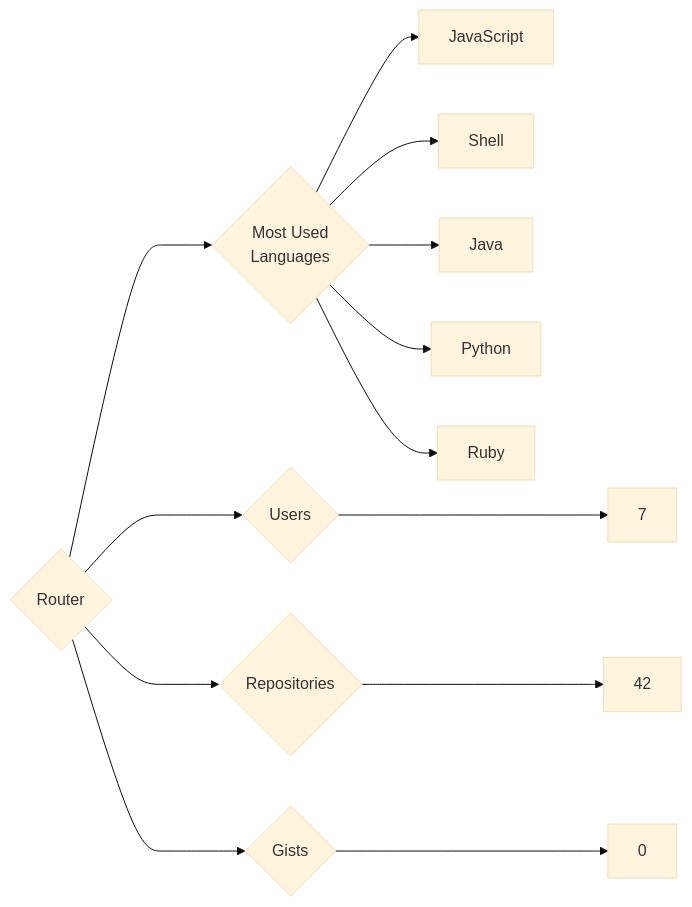
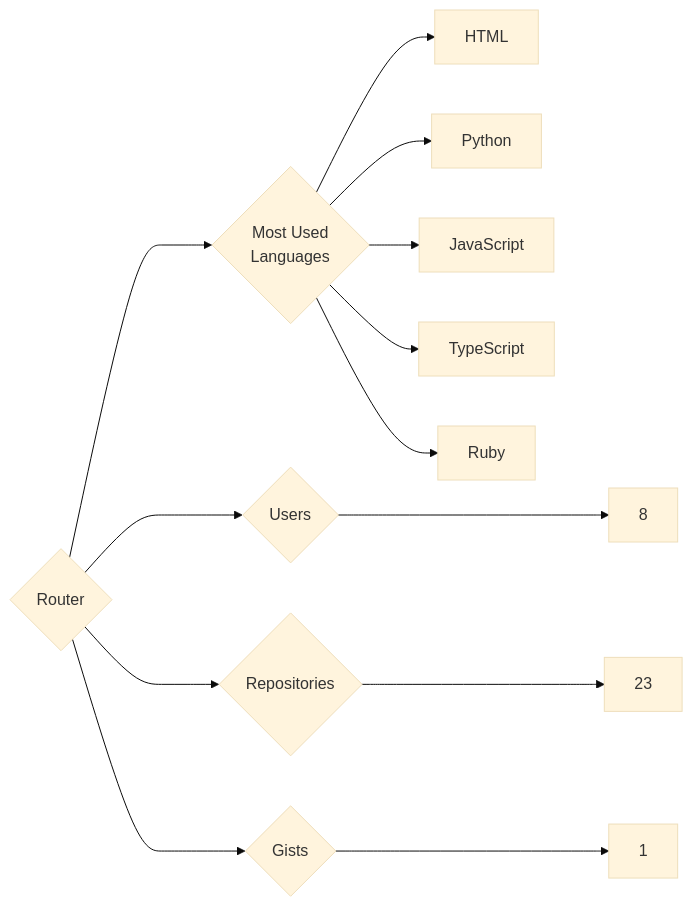
The diagram in targets/Router/README.md (trickest/insiders), drawn with Mermaid (base theme) before and after one commit. The commit also changed 1496 other files, not shown here.

````diff
--- a/targets/Router/README.md
+++ b/targets/Router/README.md
@@ -3,13 +3,13 @@
 ```mermaid
 graph LR
 COMPANY_NAME{Router}
-COMPANY_NAME ---> U{Users} ---> UN[7]
-COMPANY_NAME ---> R{Repositories} ---> RN[42]
-COMPANY_NAME ---> G{Gists} ---> GN[0]
+COMPANY_NAME ---> U{Users} ---> UN[8]
+COMPANY_NAME ---> R{Repositories} ---> RN[23]
+COMPANY_NAME ---> G{Gists} ---> GN[1]
 COMPANY_NAME ---> ML{Most Used<br>Languages}
+ML --> HTML[HTML]
+ML --> Python[Python]
 ML --> JavaScript[JavaScript]
-ML --> Shell[Shell]
-ML --> Java[Java]
-ML --> Python[Python]
+ML --> TypeScript[TypeScript]
 ML --> Ruby[Ruby]
 ```
````
